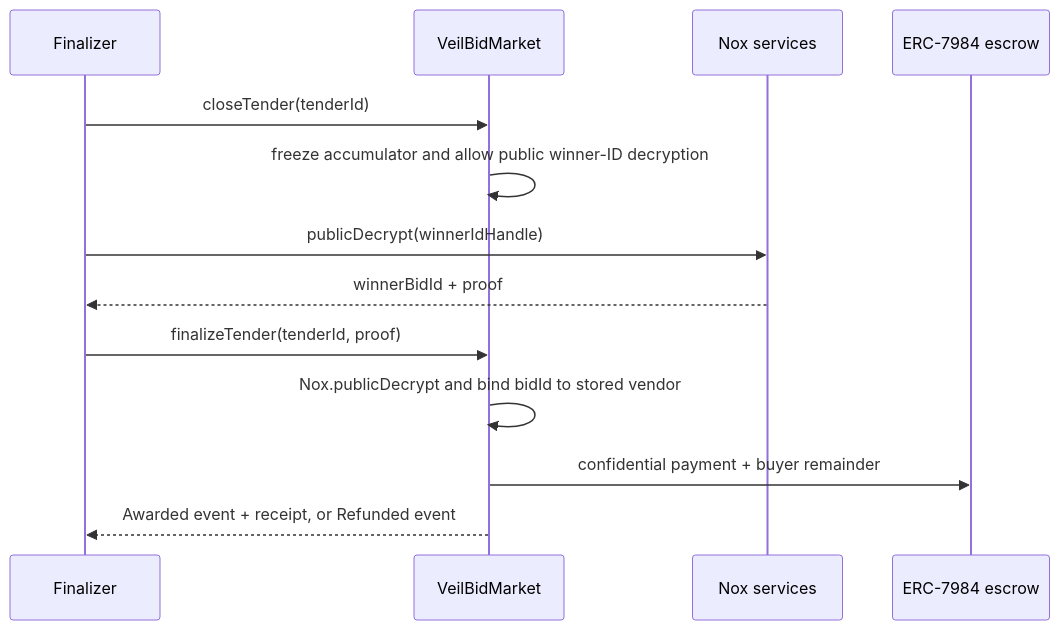
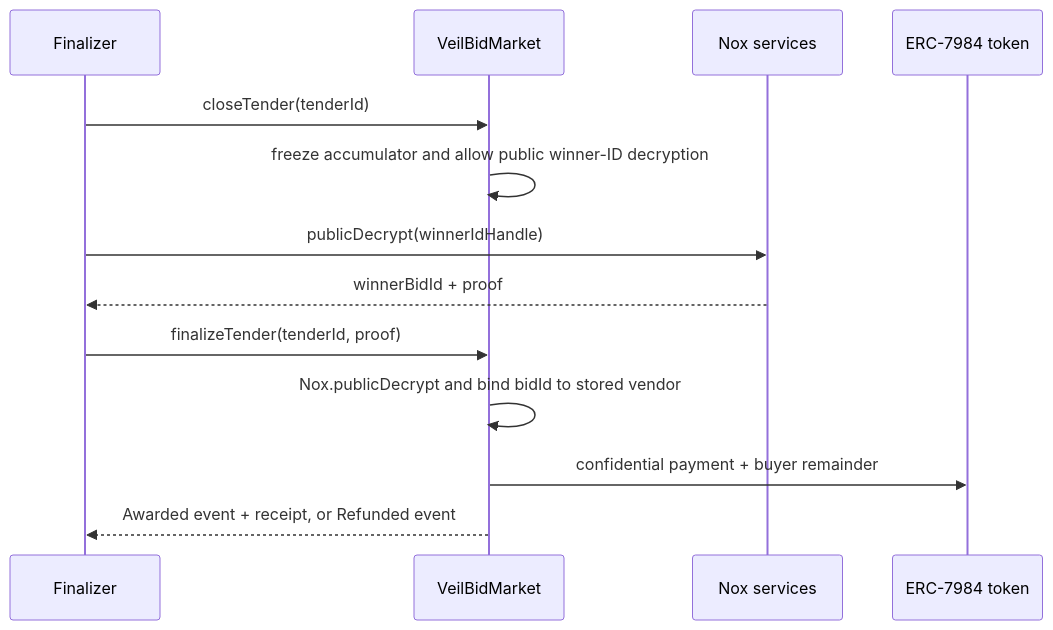
Before and after one commit to huutrungle2001/Veilbid: the second of 2 diagrams in docs/architecture.md, drawn with Mermaid. The commit also changed other lines of this file and 12 other files, not shown here.

````diff
--- a/docs/architecture.md
+++ b/docs/architecture.md
@@ -126,16 +127,16 @@
 ```mermaid
 sequenceDiagram
     participant F as Finalizer
     participant M as VeilBidMarket
     participant N as Nox services
-    participant E as ERC-7984 escrow
+    participant E as ERC-7984 token
 
     F->>M: closeTender(tenderId)
     M->>M: freeze accumulator and allow public winner-ID decryption
     F->>N: publicDecrypt(winnerIdHandle)
     N-->>F: winnerBidId + proof
     F->>M: finalizeTender(tenderId, proof)
     M->>M: Nox.publicDecrypt and bind bidId to stored vendor
     M->>E: confidential payment + buyer remainder
     M-->>F: Awarded event + receipt, or Refunded event
 ```
````
